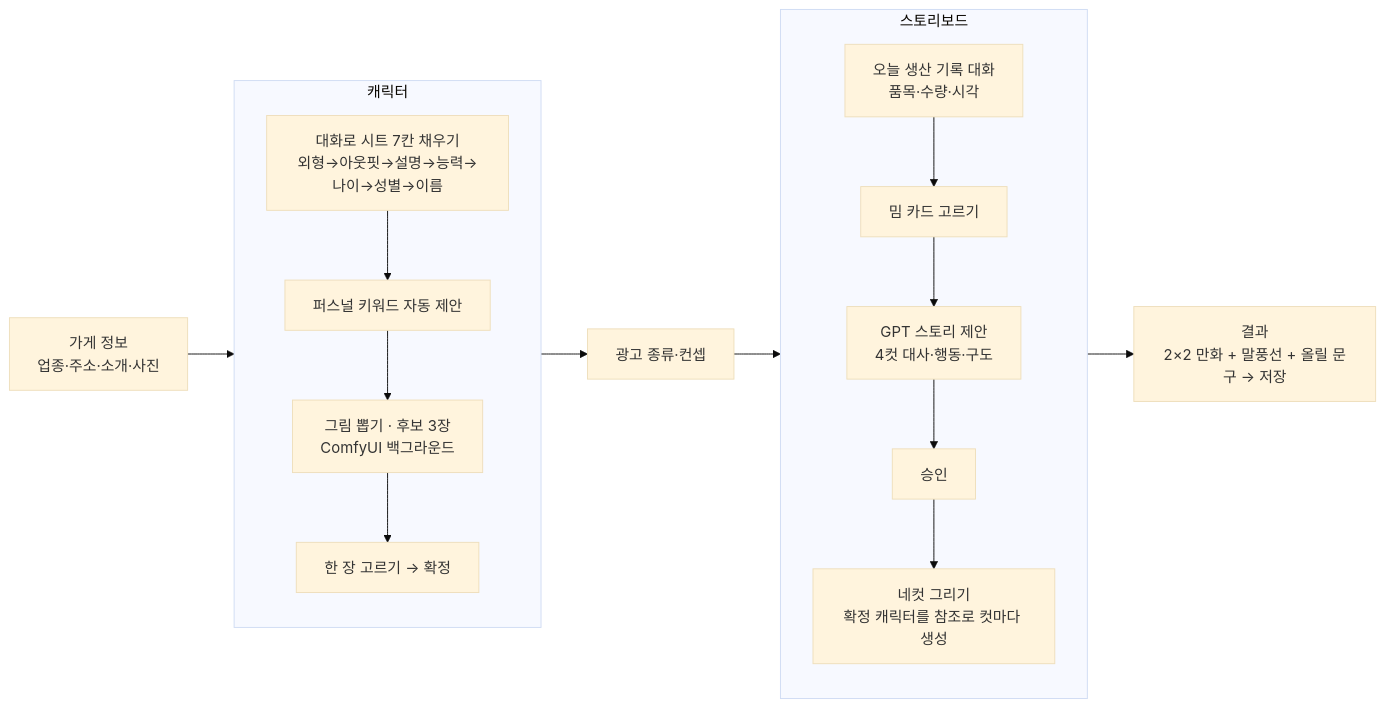
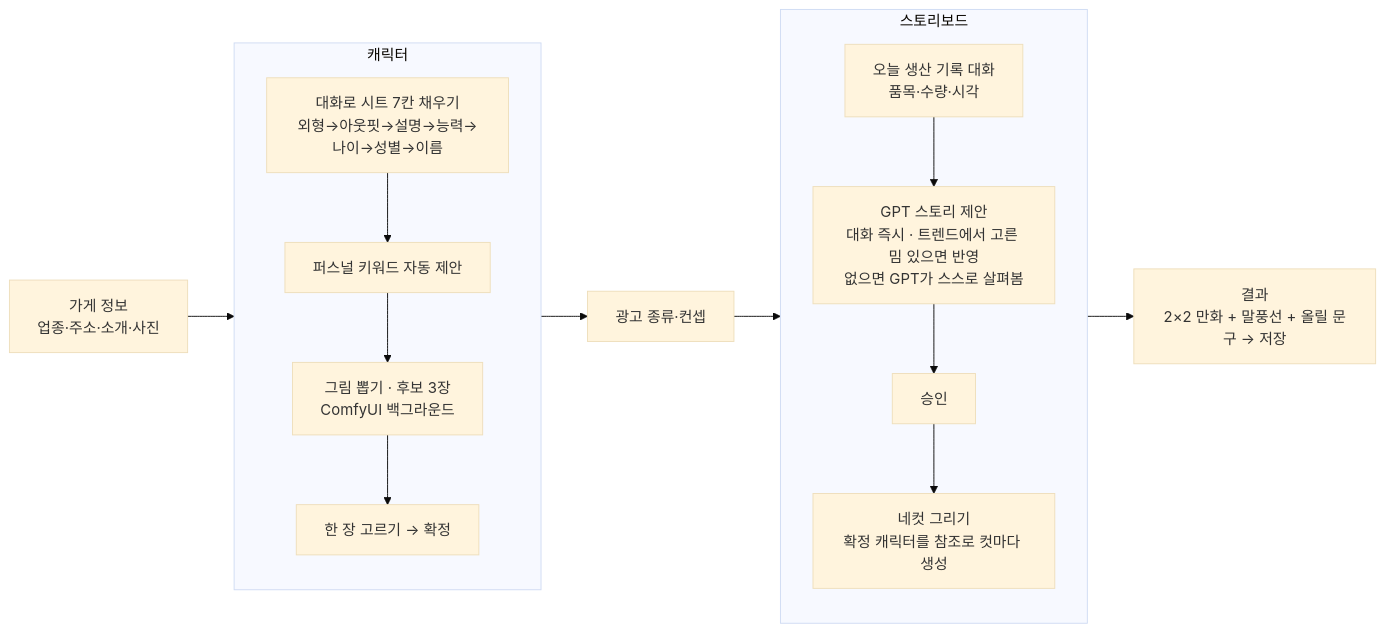
Before and after one commit to beomjin2/Adflow: the first of 4 diagrams in README.md, drawn with Mermaid (base theme). The commit also changed other lines of this file and 17 other files, not shown here.

````diff
--- a/README.md
+++ b/README.md
@@ -8,19 +8,19 @@
 ```mermaid
 flowchart LR
     S[가게 정보<br/>업종·주소·소개·사진] --> C
     subgraph C[캐릭터]
         direction TB
         C1[대화로 시트 7칸 채우기<br/>외형→아웃핏→설명→능력→나이→성별→이름] --> C2[퍼스널 키워드 자동 제안]
         C2 --> C3[그림 뽑기 · 후보 3장<br/>ComfyUI 백그라운드]
         C3 --> C4[한 장 고르기 → 확정]
     end
     C --> A[광고 종류·컨셉]
     A --> SB
     subgraph SB[스토리보드]
         direction TB
-        B1[오늘 생산 기록 대화<br/>품목·수량·시각] --> B2[밈 카드 고르기]
-        B2 --> B3[GPT 스토리 제안<br/>4컷 대사·행동·구도] --> B4[승인]
-        B4 --> B5[네컷 그리기<br/>확정 캐릭터를 참조로 컷마다 생성]
+        B1[오늘 생산 기록 대화<br/>품목·수량·시각] --> B2[GPT 스토리 제안<br/>대화 즉시 · 트렌드에서 고른 밈 있으면 반영<br/>없으면 GPT가 스스로 살펴봄]
+        B2 --> B3[승인]
+        B3 --> B4[네컷 그리기<br/>확정 캐릭터를 참조로 컷마다 생성]
     end
     SB --> R[결과<br/>2×2 만화 + 말풍선 + 올릴 문구 → 저장]
 ```
````
